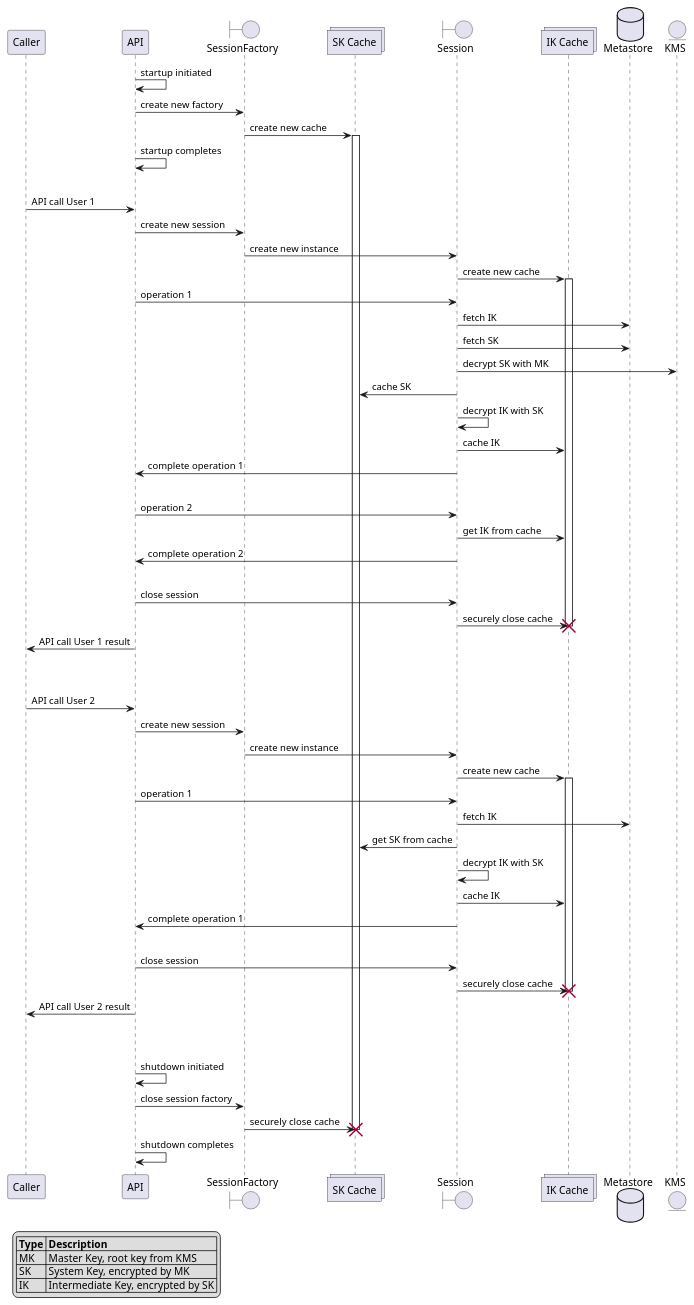
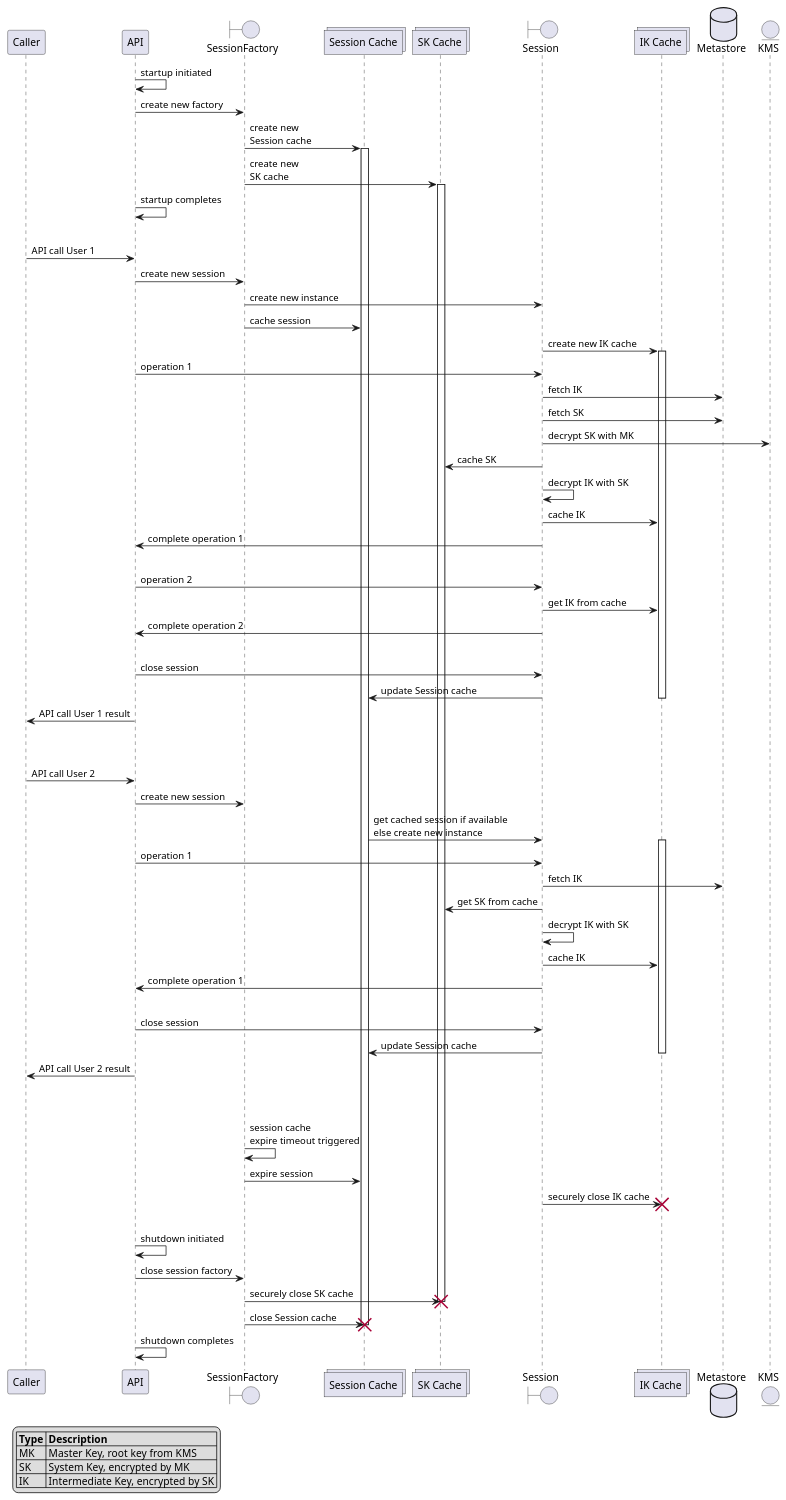
Before and after one commit to godaddy/asherah: the diagram in docs/assets/cache_lifecycles.puml, drawn with PlantUML. The commit also changed 5 other files, not shown here.

```diff
--- a/docs/assets/cache_lifecycles.puml
+++ b/docs/assets/cache_lifecycles.puml
@@ -1,75 +1,85 @@
 @startuml
 
 skinparam shadowing false
 
 legend left
 |= Type |= Description |
 | MK | Master Key, root key from KMS |
 | SK | System Key, encrypted by MK |
 | IK | Intermediate Key, encrypted by SK |
 endlegend
 
 participant Caller
 participant API
 boundary SessionFactory
+collections "Session Cache"
 collections "SK Cache"
 boundary Session
 collections "IK Cache"
 database Metastore
 entity KMS
 
 API -> API : startup initiated
 API -> SessionFactory : create new factory
-SessionFactory -> "SK Cache" : create new cache
+SessionFactory -> "Session Cache" : create new \nSession cache
+activate "Session Cache"
+SessionFactory -> "SK Cache" : create new \nSK cache
 activate "SK Cache"
 API -> API : startup completes
 |||
 Caller -> API : API call User 1
 API -> SessionFactory : create new session
 SessionFactory -> Session : create new instance
-Session -> "IK Cache" : create new cache
+SessionFactory -> "Session Cache" : cache session
+Session -> "IK Cache" : create new IK cache
 activate "IK Cache"
 API -> Session : operation 1
 Session -> Metastore : fetch IK
 Session -> Metastore : fetch SK
 Session -> KMS : decrypt SK with MK
 Session -> "SK Cache" : cache SK
 Session -> Session : decrypt IK with SK
 Session -> "IK Cache" : cache IK
 Session -> API : complete operation 1
 |||
 API -> Session : operation 2
 Session -> "IK Cache" : get IK from cache
 Session -> API : complete operation 2
 |||
 API -> Session : close session
-Session -> "IK Cache" : securely close cache
-destroy "IK Cache"
+Session -> "Session Cache" : update Session cache
+deactivate "IK Cache"
 API -> Caller : API call User 1 result
 |||
 |||
 Caller -> API : API call User 2
 API -> SessionFactory : create new session
-SessionFactory -> Session : create new instance
-Session -> "IK Cache" : create new cache
+"Session Cache" -> Session : get cached session if available\nelse create new instance
 activate "IK Cache"
 API -> Session : operation 1
 Session -> Metastore : fetch IK
 Session -> "SK Cache" : get SK from cache
 Session -> Session : decrypt IK with SK
 Session -> "IK Cache" : cache IK
 Session -> API : complete operation 1
 |||
 API -> Session : close session
-Session -> "IK Cache" : securely close cache
-destroy "IK Cache"
+Session -> "Session Cache" : update Session cache
+deactivate "IK Cache"
 API -> Caller : API call User 2 result
 |||
 |||
+SessionFactory -> SessionFactory : session cache \nexpire timeout triggered
+SessionFactory -> "Session Cache" : expire session
+Session -> "IK Cache" : securely close IK cache
+destroy "IK Cache"
+|||
 API -> API : shutdown initiated
 API -> SessionFactory : close session factory
-SessionFactory -> "SK Cache" : securely close cache
+SessionFactory -> "SK Cache" : securely close SK cache
 destroy "SK Cache"
+SessionFactory -> "Session Cache" : close Session cache
+destroy "Session Cache"
 API -> API : shutdown completes
 
 @enduml
```
